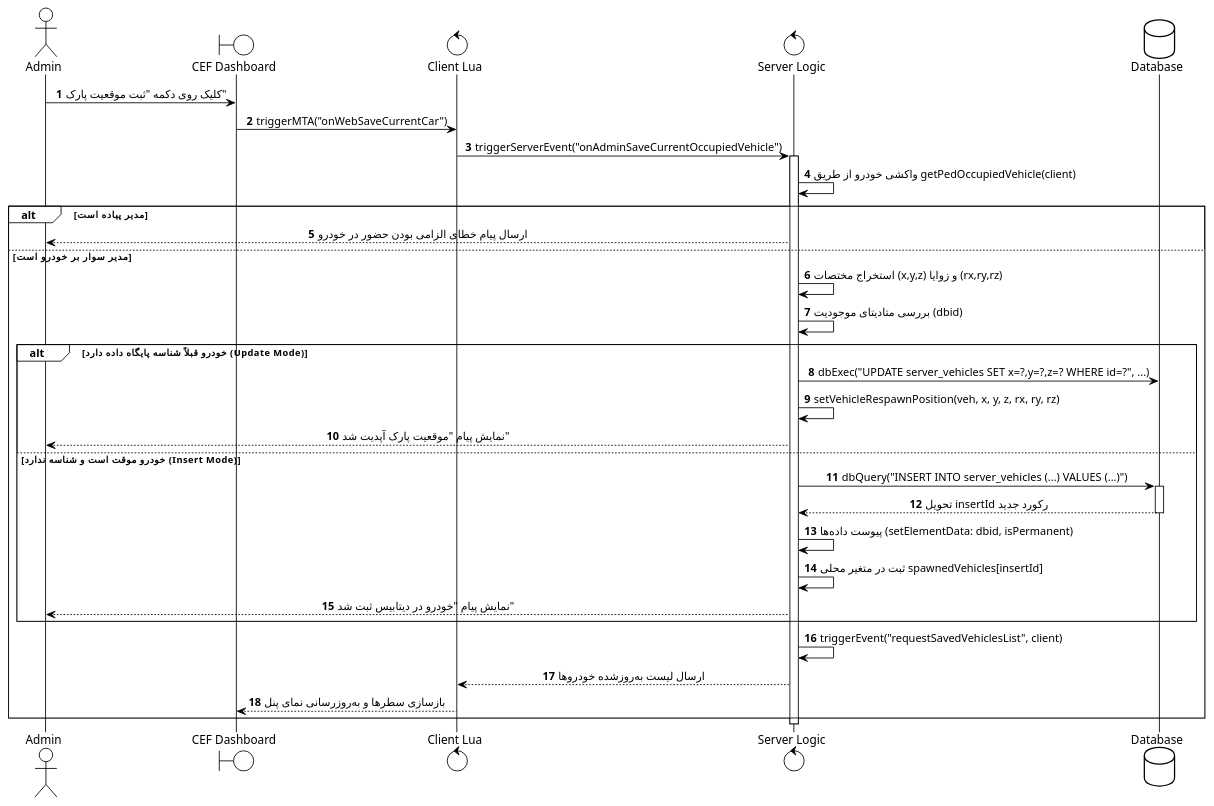
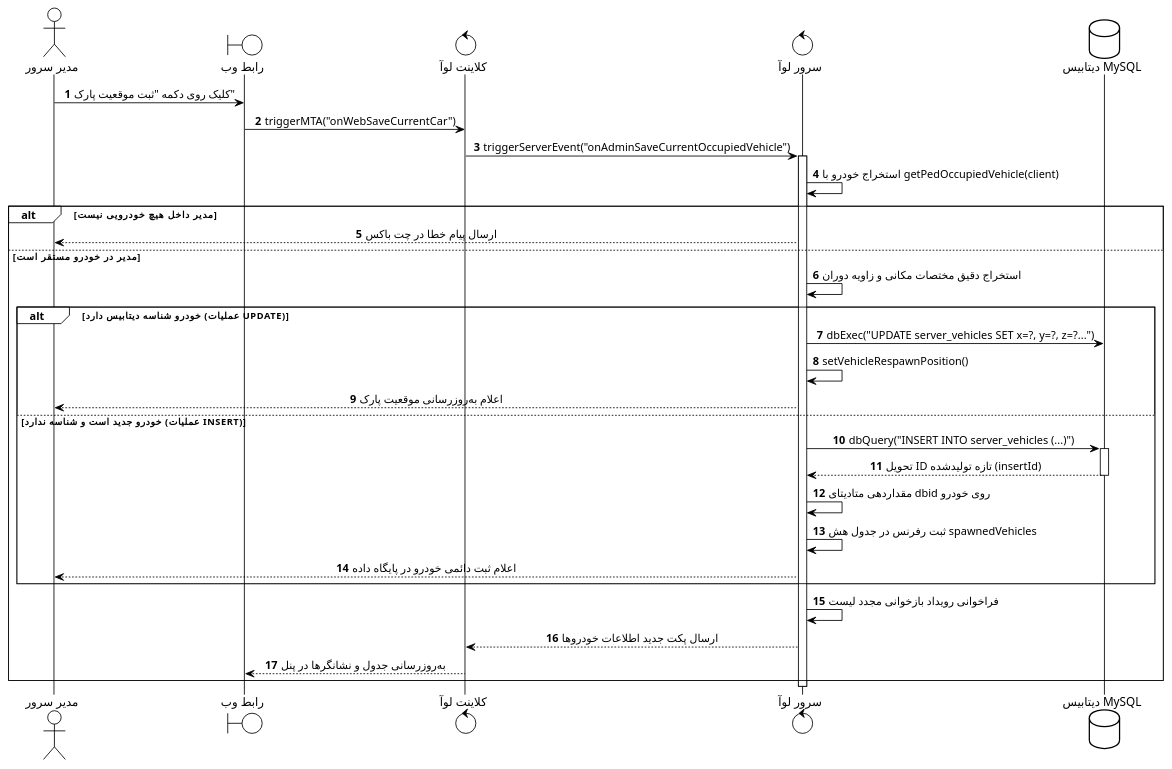
Before and after one commit to Silent-Galaxy/SilentRP: the fourth of 7 diagrams in resources/admin_vehicles/ReadMe.md, drawn with PlantUML. The commit also changed other lines of this file, not shown here.

```diff
--- a/resources/admin_vehicles/ReadMe.md
+++ b/resources/admin_vehicles/ReadMe.md
@@ -385,43 +396,40 @@
 @startuml
 !theme plain
 autonumber
 skinparam sequenceMessageAlign center
 
-actor "Admin" as Admin
-boundary "CEF Dashboard" as UI
-control "Client Lua" as CL
-control "Server Logic" as SL
-database "Database" as DB
+actor "مدیر سرور" as Admin
+boundary "رابط وب" as UI
+control "کلاینت لوآ" as CL
+control "سرور لوآ" as SL
+database "دیتابیس MySQL" as DB
 
 Admin -> UI: کلیک روی دکمه "ثبت موقعیت پارک"
 UI -> CL: triggerMTA("onWebSaveCurrentCar")
 CL -> SL: triggerServerEvent("onAdminSaveCurrentOccupiedVehicle")
 activate SL
 
-SL -> SL: واکشی خودرو از طریق getPedOccupiedVehicle(client)
-alt مدیر پیاده است
-    SL --> Admin: ارسال پیام خطای الزامی بودن حضور در خودرو
-else مدیر سوار بر خودرو است
-    SL -> SL: استخراج مختصات (x,y,z) و زوایا (rx,ry,rz)
-    SL -> SL: بررسی متادیتای موجودیت (dbid)
-    
-    alt خودرو قبلاً شناسه پایگاه داده دارد (Update Mode)
-        SL -> DB: dbExec("UPDATE server_vehicles SET x=?,y=?,z=? WHERE id=?", ...)
-        SL -> SL: setVehicleRespawnPosition(veh, x, y, z, rx, ry, rz)
-        SL --> Admin: نمایش پیام "موقعیت پارک آپدیت شد"
-    else خودرو موقت است و شناسه ندارد (Insert Mode)
-        SL -> DB: dbQuery("INSERT INTO server_vehicles (...) VALUES (...)")
+SL -> SL: استخراج خودرو با getPedOccupiedVehicle(client)
+alt مدیر داخل هیچ خودرویی نیست
+    SL --> Admin: ارسال پیام خطا در چت باکس
+else مدیر در خودرو مستقر است
+    SL -> SL: استخراج دقیق مختصات مکانی و زاویه دوران
+    alt خودرو شناسه دیتابیس دارد (عملیات UPDATE)
+        SL -> DB: dbExec("UPDATE server_vehicles SET x=?, y=?, z=?...")
+        SL -> SL: setVehicleRespawnPosition()
+        SL --> Admin: اعلام به‌روزرسانی موقعیت پارک
+    else خودرو جدید است و شناسه ندارد (عملیات INSERT)
+        SL -> DB: dbQuery("INSERT INTO server_vehicles (...)")
         activate DB
-        DB --> SL: تحویل insertId رکورد جدید
+        DB --> SL: تحویل ID تازه تولیدشده (insertId)
         deactivate DB
-        SL -> SL: پیوست داده‌ها (setElementData: dbid, isPermanent)
-        SL -> SL: ثبت در متغیر محلی spawnedVehicles[insertId]
-        SL --> Admin: نمایش پیام "خودرو در دیتابیس ثبت شد"
+        SL -> SL: مقداردهی متادیتای dbid روی خودرو
+        SL -> SL: ثبت رفرنس در جدول هش spawnedVehicles
+        SL --> Admin: اعلام ثبت دائمی خودرو در پایگاه داده
     end
-    
-    SL -> SL: triggerEvent("requestSavedVehiclesList", client)
-    SL --> CL: ارسال لیست به‌روزشده خودروها
-    CL --> UI: بازسازی سطرها و به‌روزرسانی نمای پنل
+    SL -> SL: فراخوانی رویداد بازخوانی مجدد لیست
+    SL --> CL: ارسال پکت جدید اطلاعات خودروها
+    CL --> UI: به‌روزرسانی جدول و نشانگرها در پنل
 end
 deactivate SL
 @enduml
```
